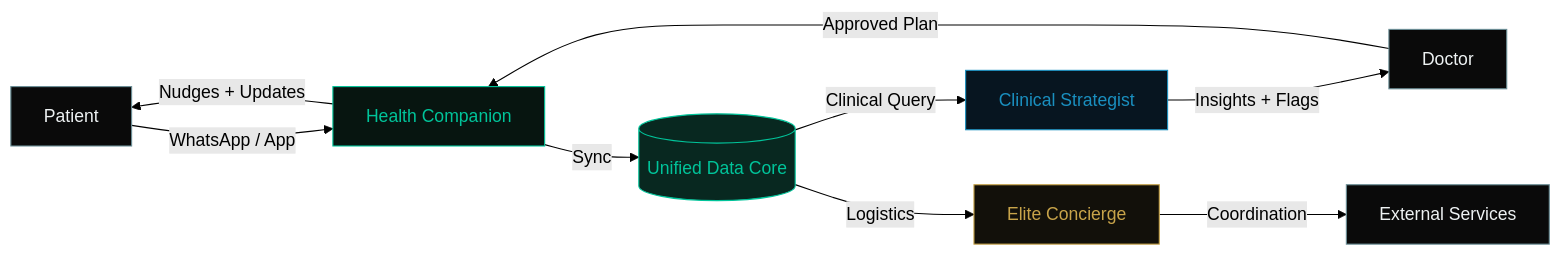
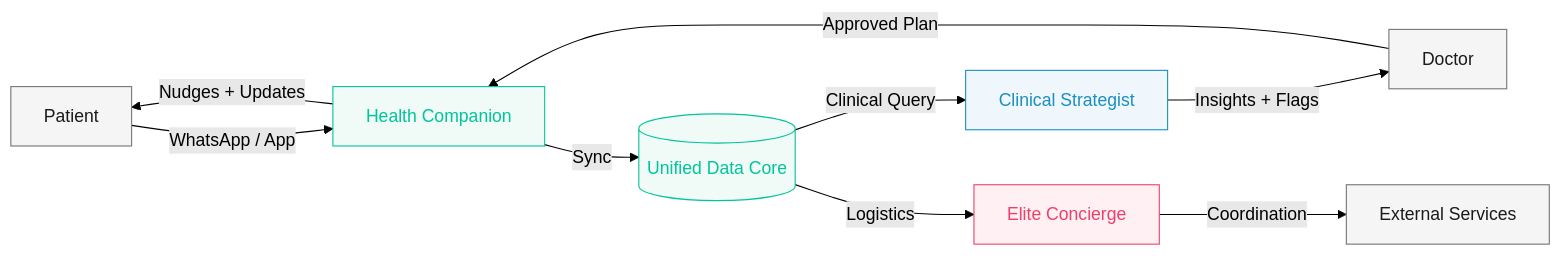
Before and after one commit to AssafMashiah/slides: the diagram in longevity-clinic/slides.md, drawn with Mermaid (forest theme). The commit also changed other lines of this file and 2 other files, not shown here.

````diff
--- a/longevity-clinic/slides.md
+++ b/longevity-clinic/slides.md
@@ -156,19 +156,19 @@
 ```mermaid
 graph LR
     P[Patient] -->|WhatsApp / App| HC[Health Companion]
     HC -->|Sync| UDC[(Unified Data Core)]
     UDC -->|Clinical Query| CS[Clinical Strategist]
     UDC -->|Logistics| EC[Elite Concierge]
     CS -->|Insights + Flags| DR[Doctor]
     EC -->|Coordination| SVC[External Services]
     DR -->|Approved Plan| HC
     HC -->|Nudges + Updates| P
 
-    style UDC fill:#082820,stroke:#00C49A,color:#00C49A
-    style CS fill:#071520,stroke:#1A8FBF,color:#1A8FBF
-    style EC fill:#12100a,stroke:#C8A44A,color:#C8A44A
-    style HC fill:#071510,stroke:#00C49A,color:#00C49A
-    style DR fill:#0a0a0a,stroke:#6B8E96,color:#EEF2F3
-    style P fill:#0a0a0a,stroke:#6B8E96,color:#EEF2F3
-    style SVC fill:#0a0a0a,stroke:#6B8E96,color:#EEF2F3
+    style UDC fill:#f0faf7,stroke:#00C49A,color:#00C49A
+    style CS fill:#f0f7fc,stroke:#1A8FBF,color:#1A8FBF
+    style EC fill:#fef0f3,stroke:#ef406b,color:#ef406b
+    style HC fill:#f0faf7,stroke:#00C49A,color:#00C49A
+    style DR fill:#f5f5f5,stroke:#757575,color:#1a1a1a
+    style P fill:#f5f5f5,stroke:#757575,color:#1a1a1a
+    style SVC fill:#f5f5f5,stroke:#757575,color:#1a1a1a
 ```
````
